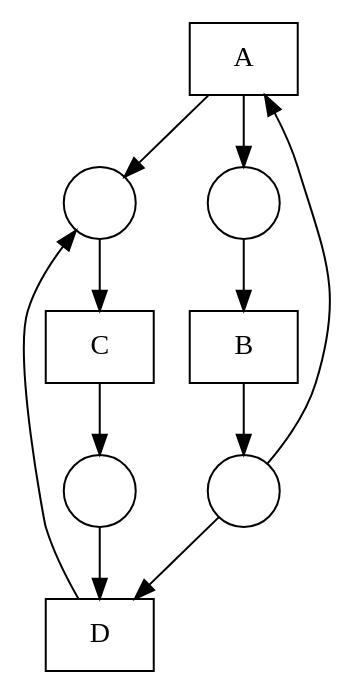
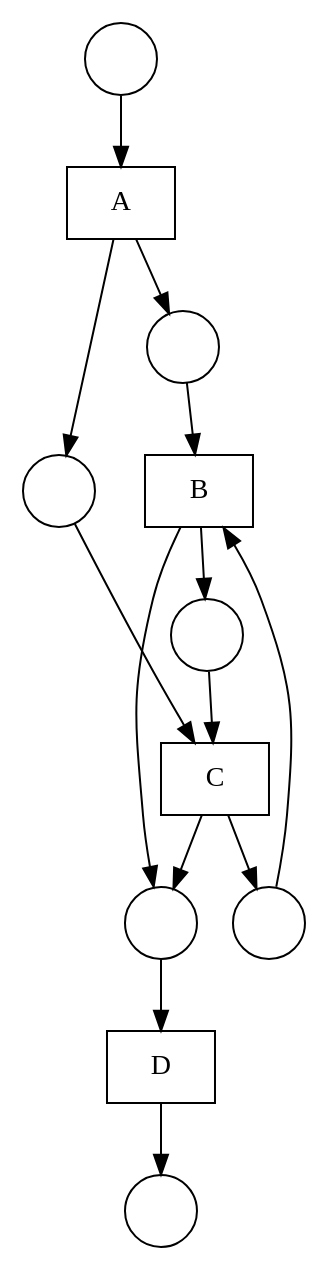
The diagram in nets/Fittest net.gv (DWitek97/GeneticMiner), drawn with Graphviz before and after one commit. The commit also changed 7 other files, not shown here.

```diff
--- a/nets/Fittest net.gv
+++ b/nets/Fittest net.gv
@@ -1,22 +1,28 @@
 digraph "Fittest net" {
 	node [shape=box]
 	A [label=A]
 	B [label=B]
 	C [label=C]
 	D [label=D]
 	node [shape=circle]
 	1 [label=" "]
 	2 [label=" "]
 	3 [label=" "]
 	4 [label=" "]
+	5 [label=" "]
+	6 [label=" "]
+	7 [label=" "]
 	1 -> A
-	A -> 4
+	A -> 2
 	A -> 3
-	4 -> B
-	B -> 1
+	2 -> B
+	5 -> B
+	B -> 4
+	B -> 7
 	3 -> C
-	C -> 2
-	1 -> D
-	2 -> D
-	D -> 3
+	7 -> C
+	C -> 4
+	C -> 5
+	4 -> D
+	D -> 6
 }
```
